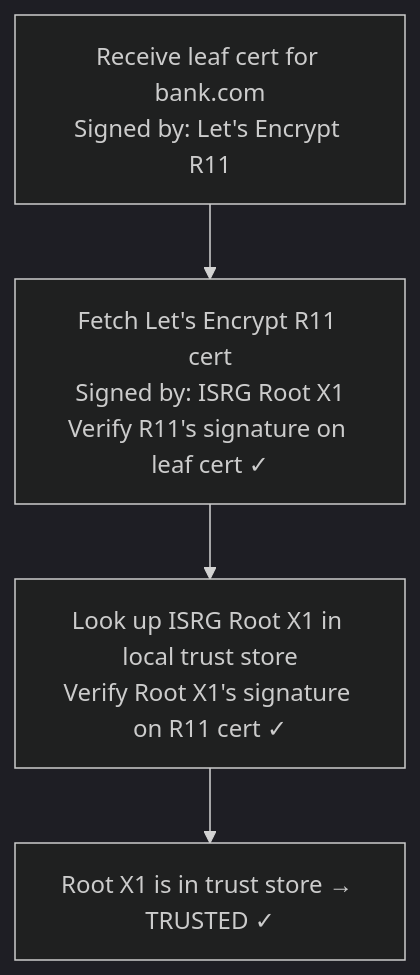
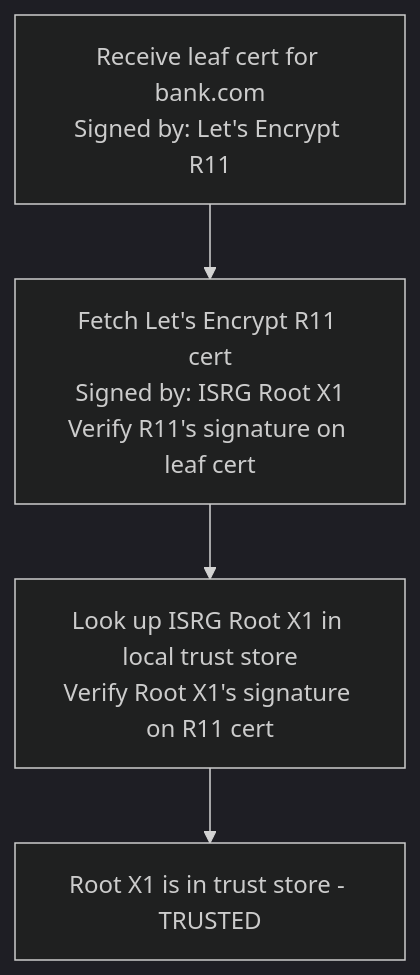
The fifth of 6 diagrams in _posts/2026-03-05-cryptographic-basics-in-a-hurry.md (ypeavler/blog), drawn with Mermaid before and after one commit. The commit also changed other lines of this file and 2 other files, not shown here.

```diff
--- a/_posts/2026-03-05-cryptographic-basics-in-a-hurry.md
+++ b/_posts/2026-03-05-cryptographic-basics-in-a-hurry.md
@@ -537,10 +456,10 @@
 <div class="mermaid">
 %%{init: {'theme': 'dark'}}%%
 flowchart TD
     A["Receive leaf cert for bank.com\nSigned by: Let's Encrypt R11"]
-    B["Fetch Let's Encrypt R11 cert\nSigned by: ISRG Root X1\nVerify R11's signature on leaf cert ✓"]
-    C["Look up ISRG Root X1 in local trust store\nVerify Root X1's signature on R11 cert ✓"]
-    D["Root X1 is in trust store → TRUSTED ✓"]
+    B["Fetch Let's Encrypt R11 cert\nSigned by: ISRG Root X1\nVerify R11's signature on leaf cert"]
+    C["Look up ISRG Root X1 in local trust store\nVerify Root X1's signature on R11 cert"]
+    D["Root X1 is in trust store - TRUSTED"]
 
     A --> B --> C --> D
 </div>
```
